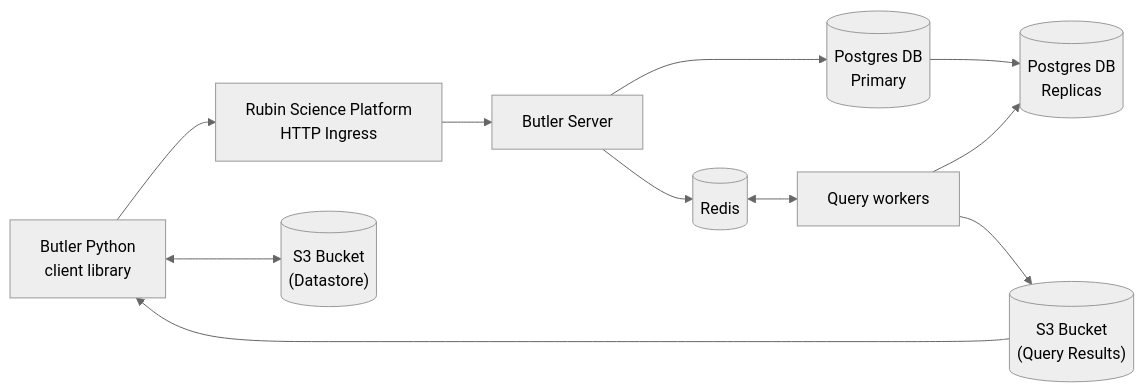
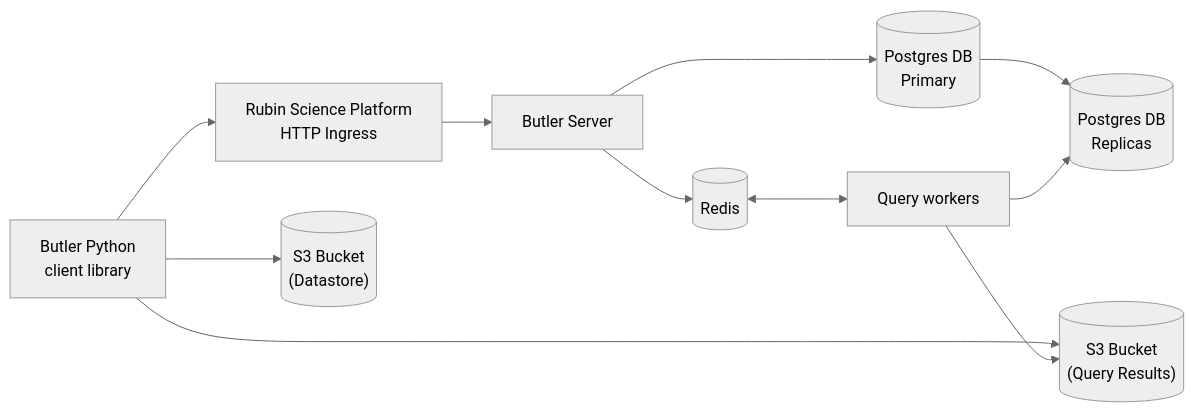
One commit to lsst-dm/dmtn-288 changed the diagram in butler-client-server.mmd. Above: the diagram before and after it, drawn with Mermaid (neutral theme). The commit also changed other lines of this file and 3 other files, not shown here.

Commit message:
Update arrows on diagrams

```diff
--- a/butler-client-server.mmd
+++ b/butler-client-server.mmd
@@ -1,11 +1,20 @@
 flowchart LR
-    A["Butler Python\nclient library"] --> B["Rubin Science Platform\nHTTP Ingress"]
-    A <--> C[("S3 Bucket\n(Datastore)")]
-    D[("S3 Bucket\n(Query Results)")] --> A
-    B --> E[Butler Server]
-    E --> F[(Redis)]
-    E --> G[("Postgres DB\nPrimary")]
-    G --> H[("Postgres DB\nReplicas")]
-    F <--> I[Query workers]
+    A["Butler Python\nclient library"]
+    B["Rubin Science Platform\nHTTP Ingress"]
+    C[("S3 Bucket\n(Datastore)")]
+    D[("S3 Bucket\n(Query Results)")]
+    E[Butler Server]
+    F[(Redis)]
+    G[("Postgres DB\nPrimary")]
+    H[("Postgres DB\nReplicas")]
+    I[Query workers]
+    A --> B
+    A --> C
+    A --> D
+    B --> E
+    E --> F
+    E --> G
+    G --> H
+    F <---> I
     I --> H
     I --> D
```
